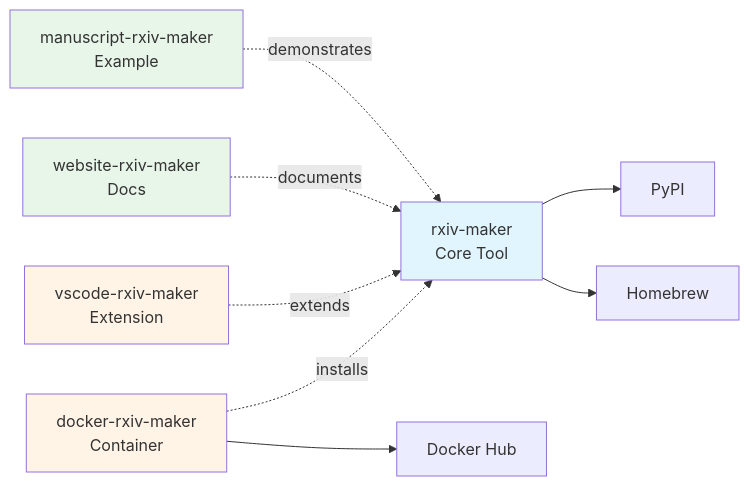
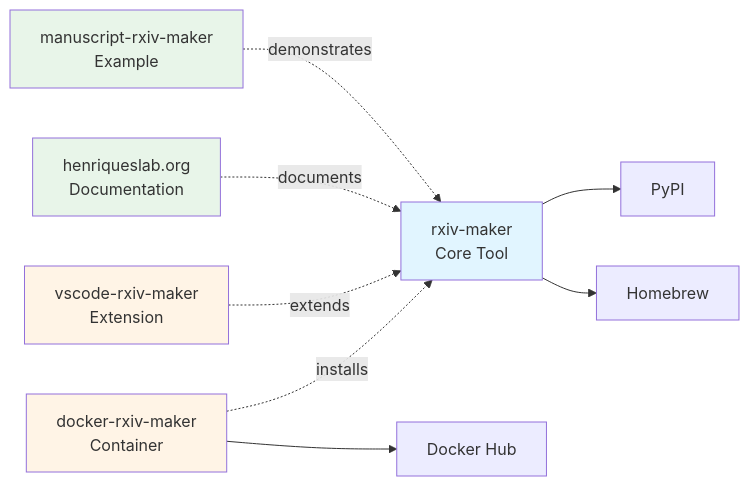
Before and after one commit to HenriquesLab/rxiv-maker: the diagram in README.md, drawn with Mermaid. The commit also changed other lines of this file and 10 other files, not shown here.

````diff
--- a/README.md
+++ b/README.md
@@ -254,16 +350,16 @@
 ```mermaid
 graph LR
     A[rxiv-maker<br/>Core Tool] --> B[PyPI]
     A --> C[Homebrew]
     D[docker-rxiv-maker<br/>Container] --> E[Docker Hub]
     D -.installs.-> A
     F[vscode-rxiv-maker<br/>Extension] -.extends.-> A
-    G[website-rxiv-maker<br/>Docs] -.documents.-> A
+    G[henriqueslab.org<br/>Documentation] -.documents.-> A
     H[manuscript-rxiv-maker<br/>Example] -.demonstrates.-> A
 
     style A fill:#e1f5ff
     style D fill:#fff4e6
     style F fill:#fff4e6
     style G fill:#e8f5e9
     style H fill:#e8f5e9
 ```
````
